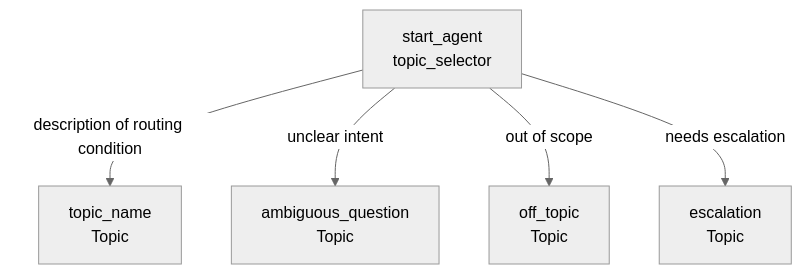
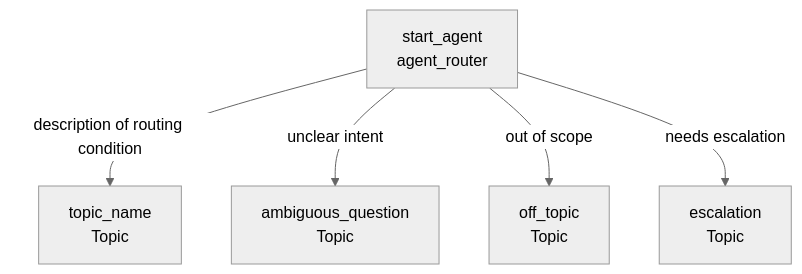
One commit to forcedotcom/afv-library changed the diagram in skills/developing-agentforce/assets/agent-spec-template.md. Above: the diagram before and after it, drawn with Mermaid. The commit also changed 28 other files, not shown here.

First line of the commit message:
Rename start_agent topic_selector to agent_router

````diff
--- a/skills/developing-agentforce/assets/agent-spec-template.md
+++ b/skills/developing-agentforce/assets/agent-spec-template.md
@@ -18,10 +18,10 @@
 ```mermaid
 %%{init: {'theme':'neutral'}}%%
 graph TD
-    A[start_agent<br/>topic_selector]
+    A[start_agent<br/>agent_router]
 
     A -->|description of routing condition| B[topic_name<br/>Topic]
     A -->|unclear intent| C[ambiguous_question<br/>Topic]
     A -->|out of scope| D[off_topic<br/>Topic]
     A -->|needs escalation| E[escalation<br/>Topic]
 ```
````
